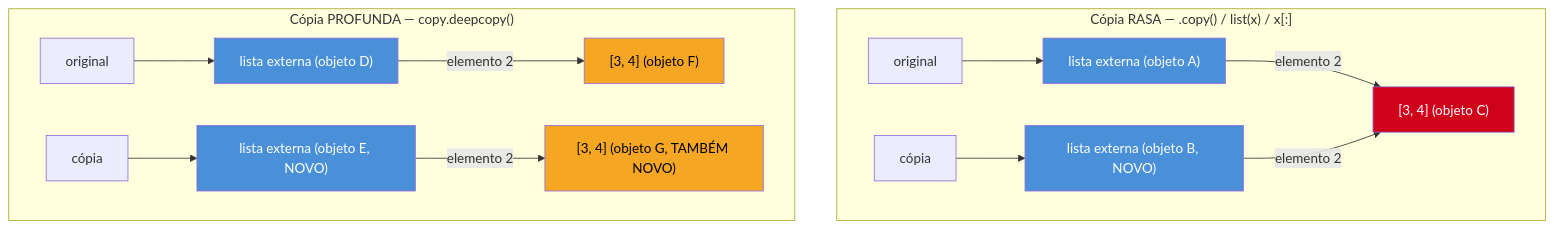
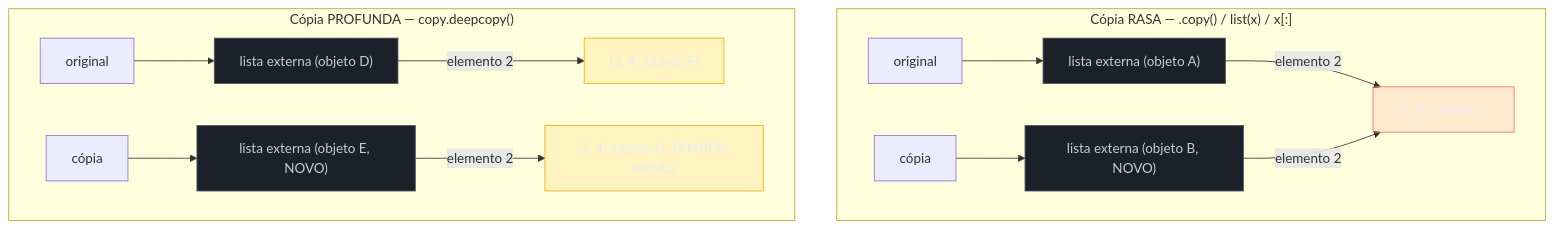
The second of 2 diagrams in 03-Dominios/Tecnologia/Python/Collections e Comprehensions/01 - Listas — criação, métodos e slicing avançado.md (josenaldo/codex-technomanticus), drawn with Mermaid before and after one commit. The commit also changed other lines of this file and 1181 other files, not shown here.

First line of the commit message:
fix(diagramas): paleta do sistema no lugar de cor cravada no markdown

````diff
--- a/03-Dominios/Tecnologia/Python/Collections e Comprehensions/01 - Listas — criação, métodos e slicing avançado.md
+++ b/03-Dominios/Tecnologia/Python/Collections e Comprehensions/01 - Listas — criação, métodos e slicing avançado.md
@@ -277,24 +280,27 @@
 ```mermaid
 flowchart TD
+    classDef neutro fill:#1B2029,stroke:#4E5666,color:#C6CCD8
+    classDef falha fill:#FF6B6B24,stroke:#FF6B6B,color:#E9ECF2
+    classDef destaque fill:#FFAA0024,stroke:#FFAA00,color:#E9ECF2
     subgraph Rasa["Cópia RASA — .copy() / list(x) / x[:]"]
         O1["original"] --> L1["lista externa (objeto A)"]
         C1["cópia"] --> L2["lista externa (objeto B, NOVO)"]
         L1 -->|elemento 2| N1["[3, 4] (objeto C)"]
         L2 -->|elemento 2| N1
     end
 
     subgraph Profunda["Cópia PROFUNDA — copy.deepcopy()"]
         O2["original"] --> M1["lista externa (objeto D)"]
         C2["cópia"] --> M2["lista externa (objeto E, NOVO)"]
         M1 -->|elemento 2| N2["[3, 4] (objeto F)"]
         M2 -->|elemento 2| N3["[3, 4] (objeto G, TAMBÉM NOVO)"]
     end
 
-    style L1 fill:#4A90D9,color:#fff
-    style L2 fill:#4A90D9,color:#fff
-    style N1 fill:#D0021B,color:#fff
-    style M1 fill:#4A90D9,color:#fff
-    style M2 fill:#4A90D9,color:#fff
-    style N2 fill:#F5A623,color:#000
-    style N3 fill:#F5A623,color:#000
+    class L1 neutro
+    class L2 neutro
+    class N1 falha
+    class M1 neutro
+    class M2 neutro
+    class N2 destaque
+    class N3 destaque
 ```
````
